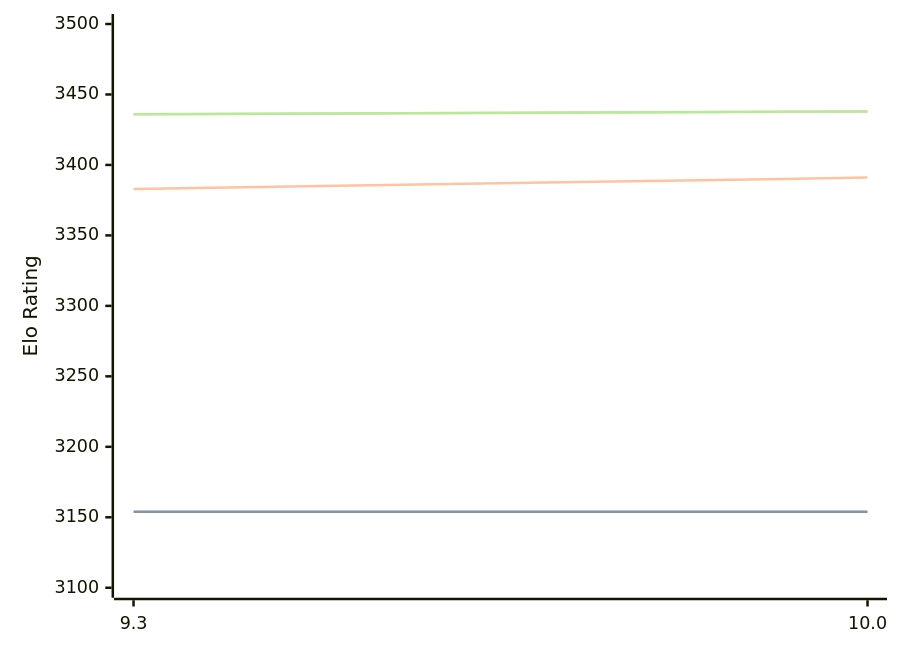
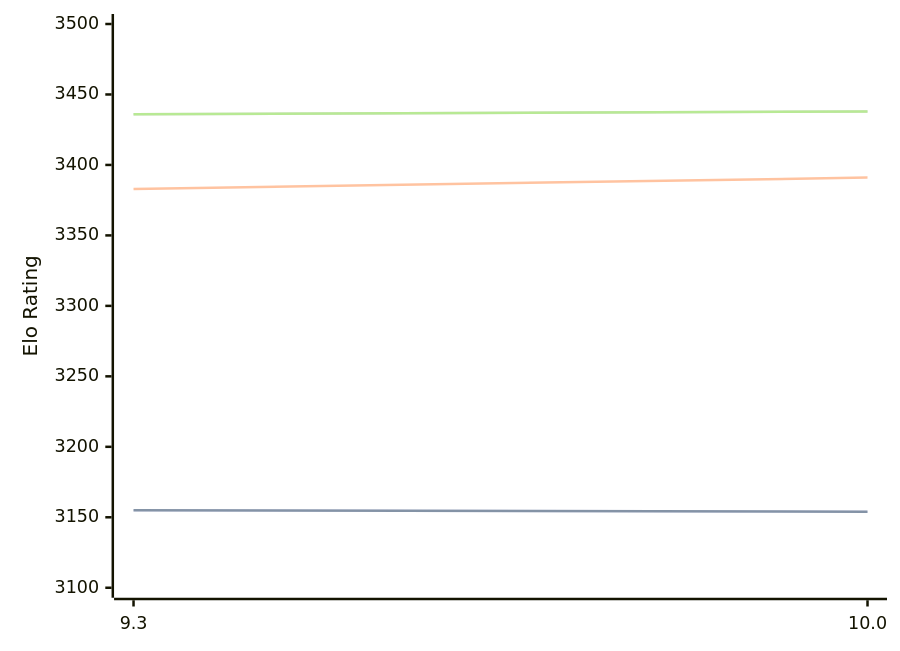
Before and after one commit to computer-chess-index/cci: the diagram in engines/Fire.md, drawn with Mermaid. The commit also changed other lines of this file, not shown here.

````diff
--- a/engines/Fire.md
+++ b/engines/Fire.md
@@ -32,11 +32,11 @@
 ```mermaid
 %%{init: {"theme":"base","themeVariables":{"seriesColors:['#a3a3a3','#222221','#faa371']}}}%%
 xychart-beta
   x-axis ["9.3", "10.0"]
   y-axis "Elo Rating" 3100 --> 3500
-  line "" [3154, 3154]
-  line "STC (8.0+0.08s)" [3154, 3154]
+  line "" [3155, 3154]
+  line "STC (8.0+0.08s)" [3155, 3154]
   line "LTC (60.0+0.60s)" [3383, 3391]
   line "" [3436, 3438]
   line "VLTC (2m24s+1.12s)" [3436, 3438]
 ```
````
